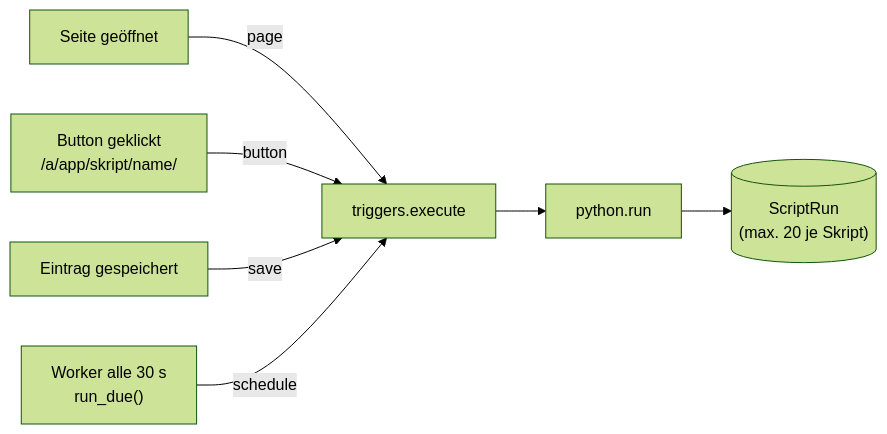
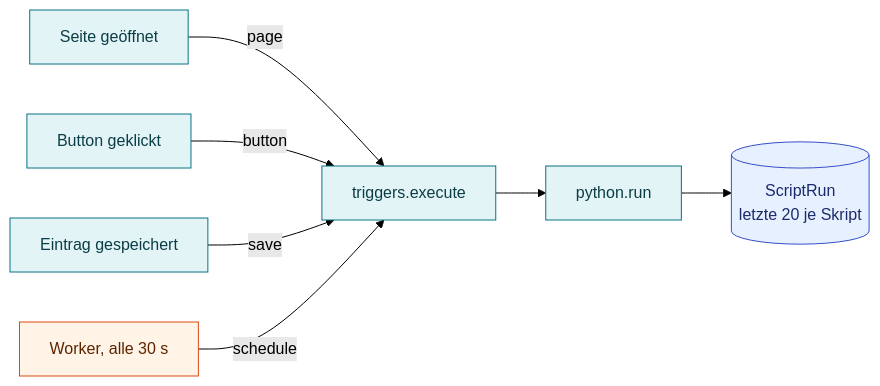
Before and after one commit to Turksat46/Baukasten: the eighth of 15 diagrams in docs/TECHNISCHE_DOKUMENTATION.md, drawn with Mermaid (forest theme). The commit also changed other lines of this file, not shown here.

Commit message:
Technische Dokumentation: Inhalt gegen den Code geprüft, Diagramme neu gestaltet

````diff
--- a/docs/TECHNISCHE_DOKUMENTATION.md
+++ b/docs/TECHNISCHE_DOKUMENTATION.md
@@ -431,8 +529,15 @@
 ```mermaid
 flowchart LR
-    PG["Seite geöffnet"] -->|page| EX["triggers.execute"]
-    BT["Button geklickt<br/>/a/app/skript/name/"] -->|button| EX
-    SV["Eintrag gespeichert"] -->|save| EX
-    WK["Worker alle 30 s<br/>run_due()"] -->|schedule| EX
-    EX --> PR["python.run"] --> RUN[("ScriptRun<br/>(max. 20 je Skript)")]
+    PG["Seite geöffnet"] -- page --> EX
+    BT["Button geklickt"] -- button --> EX
+    SV["Eintrag gespeichert"] -- save --> EX
+    WK["Worker, alle 30 s"] -- schedule --> EX
+    EX["triggers.execute"] --> PR["python.run"] --> RUN[("ScriptRun<br/>letzte 20 je Skript")]
+
+    classDef web fill:#e3f4f6,stroke:#0b7285,color:#0b3d47
+    classDef worker fill:#fff4e6,stroke:#d9480f,color:#5c2400
+    classDef data fill:#e7f0ff,stroke:#364fc7,color:#1b2a6b
+    class PG,BT,SV,EX,PR web
+    class WK worker
+    class RUN data
 ```
````
